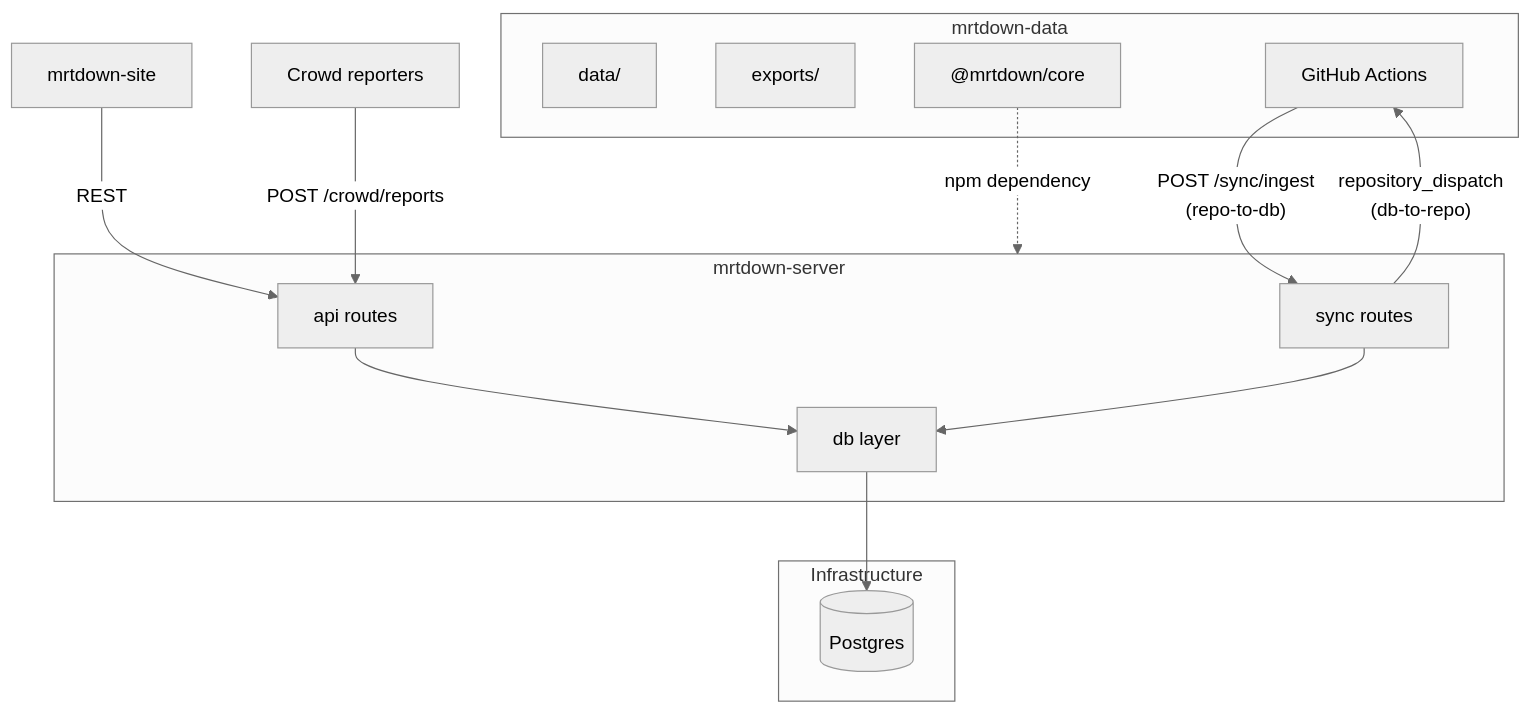
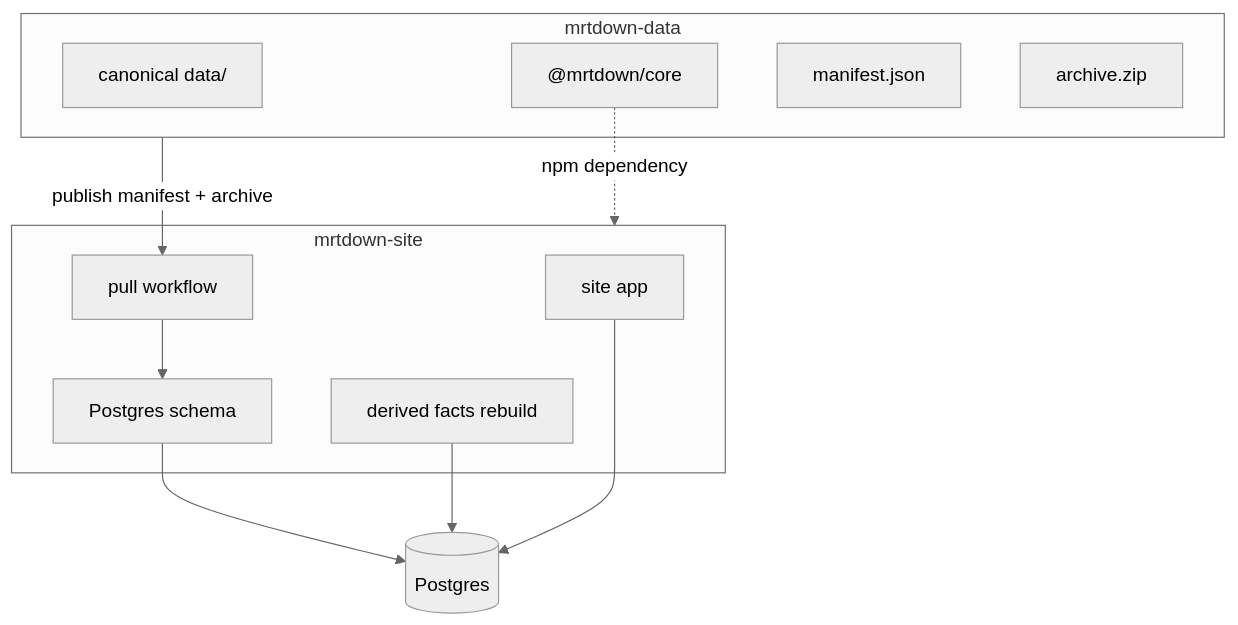
The first of 2 diagrams in docs/MRTDOWN.md (foldaway/mrtdown-data), drawn with Mermaid (neutral theme) before and after one commit. The commit also changed other lines of this file and 1 other file, not shown here.

Commit message:
docs: update two-repo architecture plan

````diff
--- a/docs/MRTDOWN.md
+++ b/docs/MRTDOWN.md
@@ -23,29 +87,24 @@
 ```mermaid
 flowchart TD
     subgraph dataRepo ["mrtdown-data"]
-        jsonFiles["data/"]
-        exportsDir["exports/"]
+        data["canonical data/"]
         core["@mrtdown/core"]
-        dataCI["GitHub Actions"]
+        manifest["manifest.json"]
+        archive["archive.zip"]
     end
 
-    subgraph serverRepo ["mrtdown-server"]
-        api["api routes"]
-        db["db layer"]
-        syncMod["sync routes"]
+    subgraph siteRepo ["mrtdown-site"]
+        app["site app"]
+        pull["pull workflow"]
+        facts["derived facts rebuild"]
+        db["Postgres schema"]
     end
 
-    subgraph infra [Infrastructure]
-        pg[("Postgres")]
-    end
+    pg[("Postgres")]
 
-    site["mrtdown-site"] -->|"REST"| api
-    crowd["Crowd reporters"] -->|"POST /crowd/reports"| api
-
-    core -.->|"npm dependency"| serverRepo
-    api --> db --> pg
-    syncMod --> db
-
-    dataCI -->|"POST /sync/ingest<br/>(repo-to-db)"| syncMod
-    syncMod -->|"repository_dispatch<br/>(db-to-repo)"| dataCI
+    core -.->|"npm dependency"| siteRepo
+    dataRepo -->|"publish manifest + archive"| pull
+    pull --> db --> pg
+    facts --> pg
+    app --> pg
 ```
````
